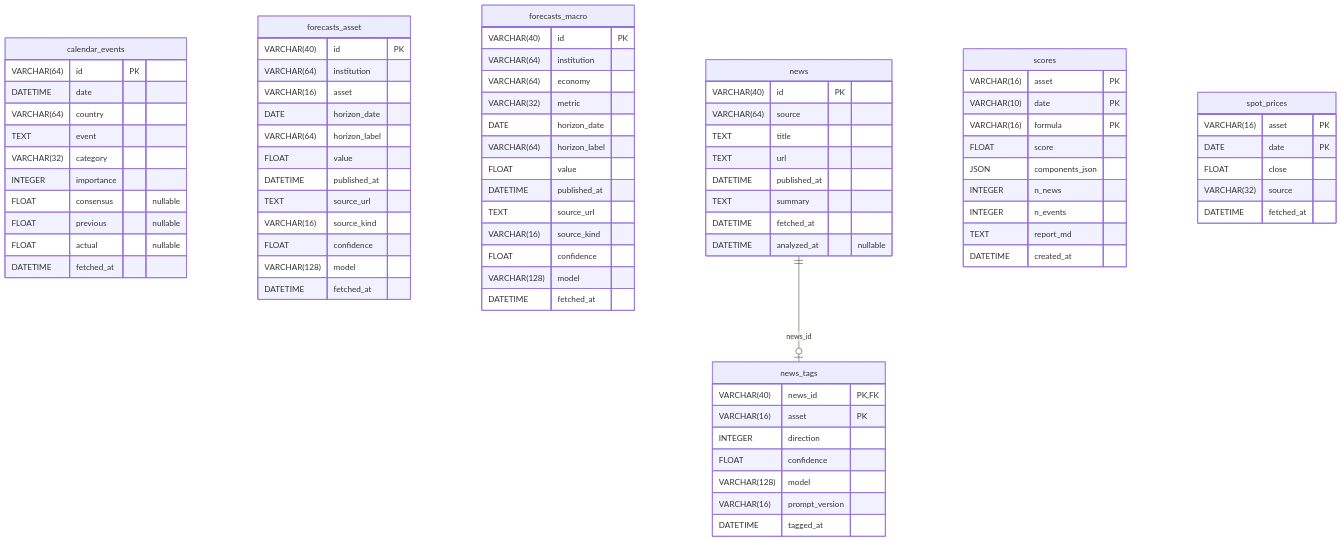
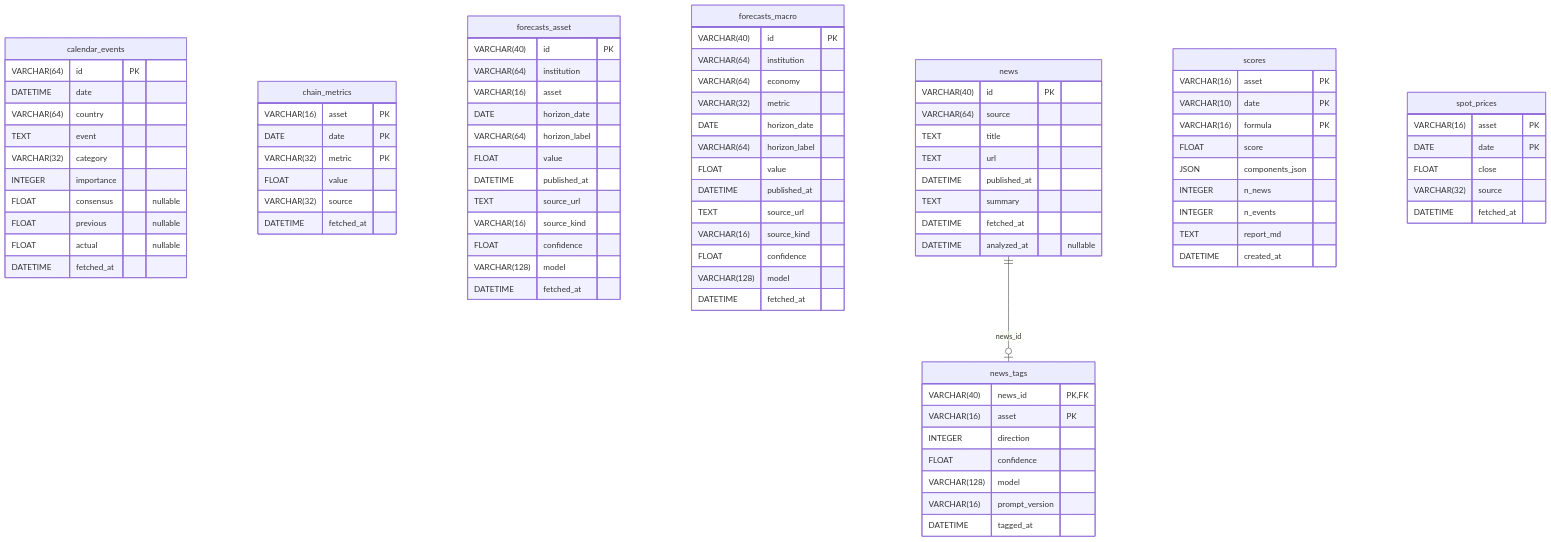
The diagram in docs/er-schema.md (sbOogway/manc), drawn with Mermaid before and after one commit. The commit also changed 8 other files, not shown here.

Commit message:
store: chain_metrics table and repository

```diff
--- a/docs/er-schema.md
+++ b/docs/er-schema.md
@@ -23,6 +23,15 @@
     FLOAT consensus "nullable"
     FLOAT previous "nullable"
     FLOAT actual "nullable"
+    DATETIME fetched_at
+  }
+
+  chain_metrics {
+    VARCHAR(16) asset PK
+    DATE date PK
+    VARCHAR(32) metric PK
+    FLOAT value
+    VARCHAR(32) source
     DATETIME fetched_at
   }
 
```
